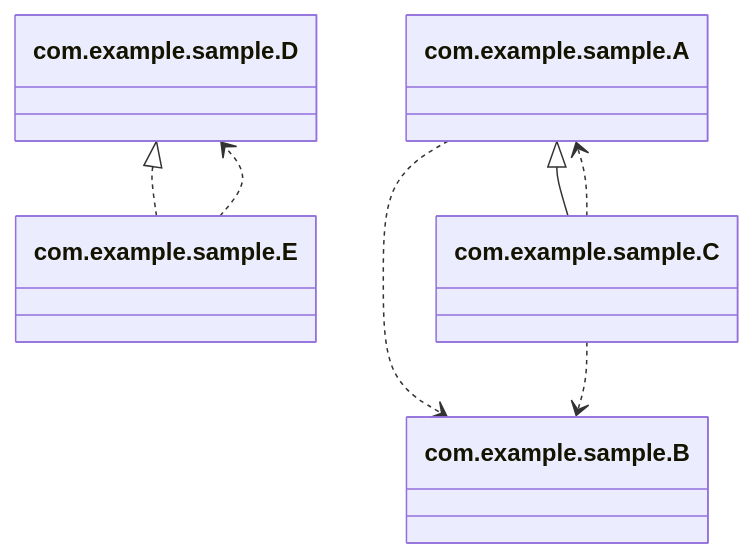
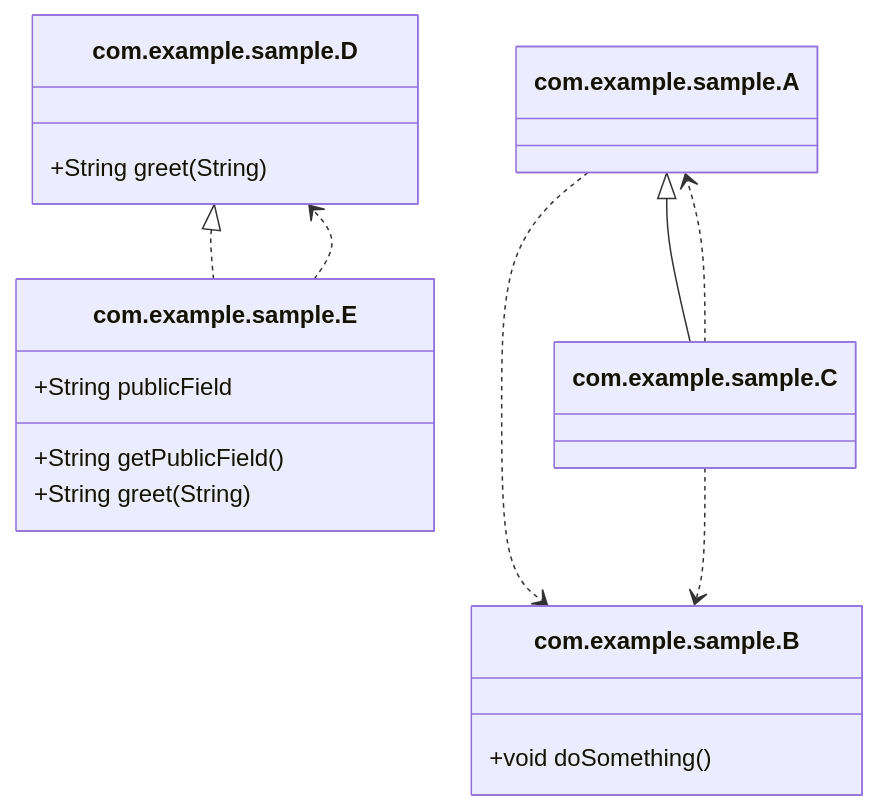
The diagram in sample-project/docs/diagrams/class-diagram.mmd (euledge/code-atlas), drawn with Mermaid before and after one commit. The commit also changed 12 other files, not shown here.

Commit message:
docs: Add generated Mermaid diagram example to READMEs and commit other pending changes

```diff
--- a/sample-project/docs/diagrams/class-diagram.mmd
+++ b/sample-project/docs/diagrams/class-diagram.mmd
@@ -1,12 +1,20 @@
 classDiagram
-    class com.example.sample.B
+    class com.example.sample.B {
+        +void doSomething()
+    }
     class com.example.sample.A
     com.example.sample.A ..> com.example.sample.B
-    class com.example.sample.D
+    class com.example.sample.D {
+        +String greet(String)
+    }
     class com.example.sample.C
     com.example.sample.A <|-- com.example.sample.C
     com.example.sample.C ..> com.example.sample.B
     com.example.sample.C ..> com.example.sample.A
-    class com.example.sample.E
+    class com.example.sample.E {
+        +String publicField
+        +String getPublicField()
+        +String greet(String)
+    }
     com.example.sample.D <|.. com.example.sample.E
     com.example.sample.E ..> com.example.sample.D
```
